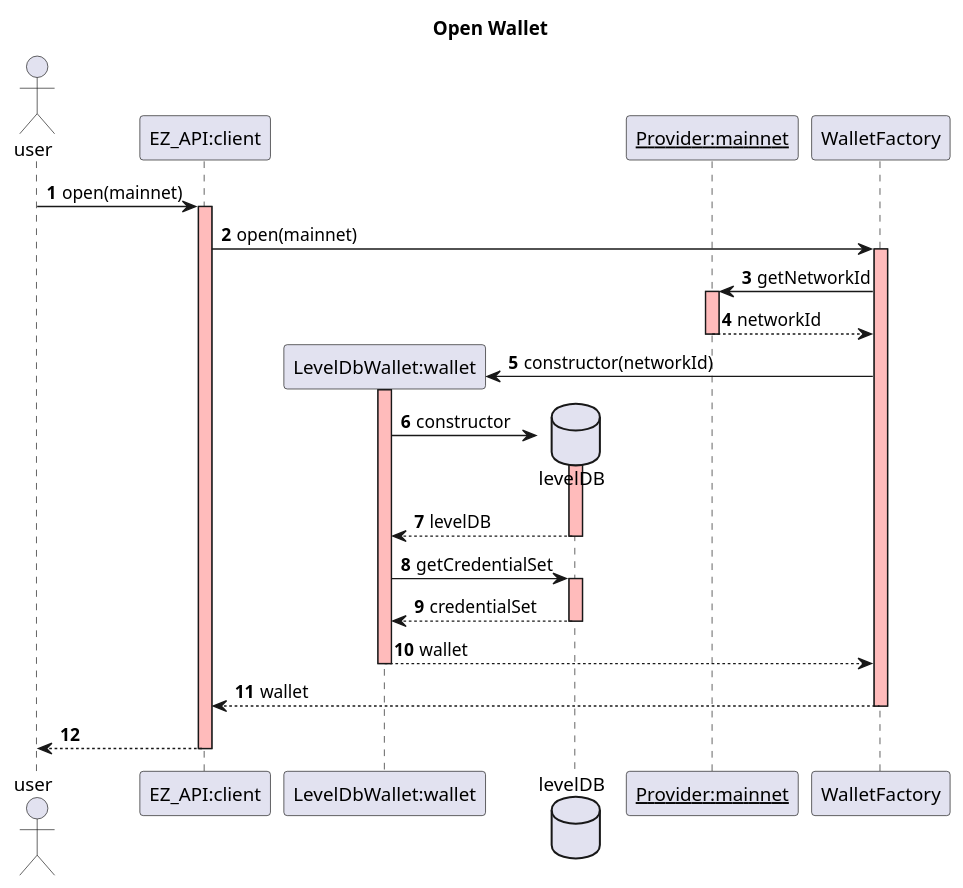
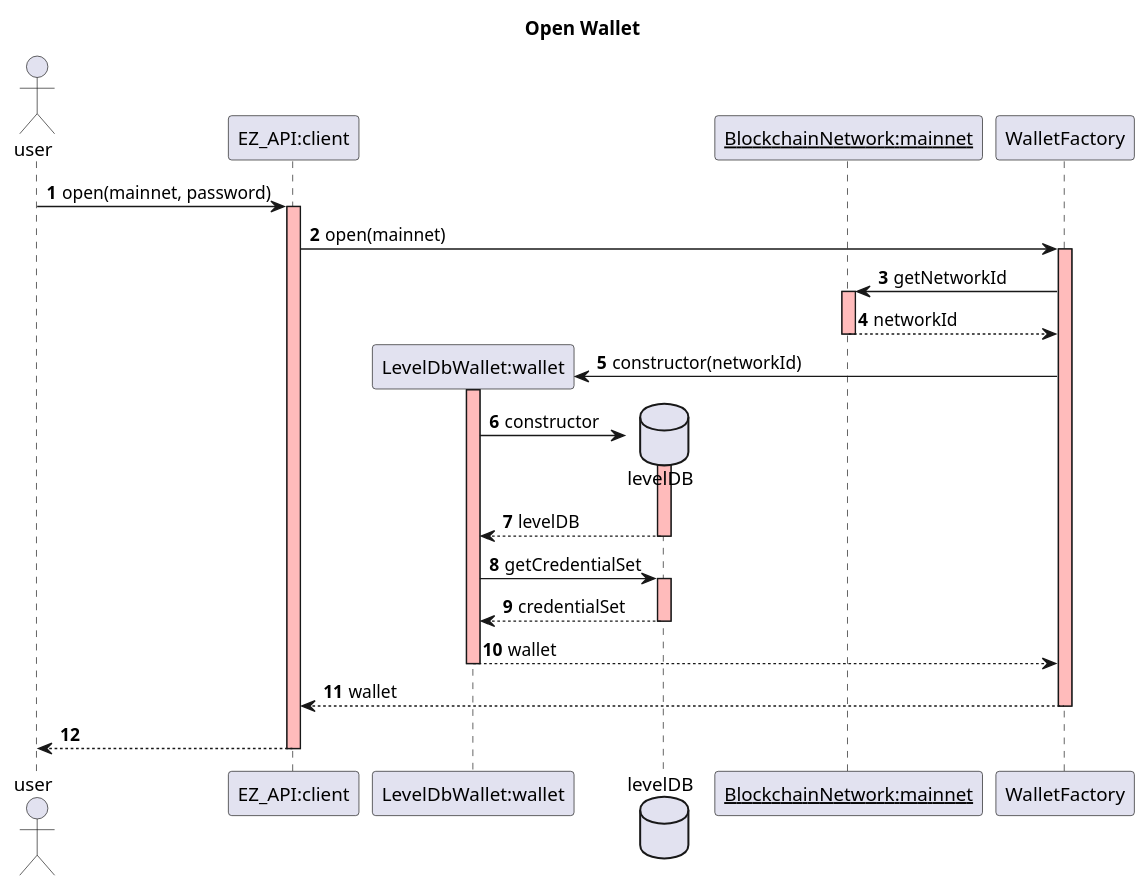
One commit to mgrand-topl/PlantUML_Sandbox changed the diagram in use_case_1open_sequence.puml. Above: the diagram before and after it, drawn with PlantUML. The commit also changed 1 other file, not shown here.

```diff
--- a/use_case_1open_sequence.puml
+++ b/use_case_1open_sequence.puml
@@ -1,30 +1,30 @@
 @startuml
 skinparam sequence {
   LifeLineBackgroundColor #FFBBBB
 }
 title Open Wallet
 autonumber
 autoactivate on
 actor user
 participant "EZ_API:client" as client
 participant "LevelDbWallet:wallet" as wallet
 database levelDB
-participant "__Provider:mainnet__" as mainnet
-user ->client: open(mainnet)
+participant "__BlockchainNetwork:mainnet__" as mainnet
+user ->client: open(mainnet, password)
   client -> WalletFactory: open(mainnet)
     WalletFactory -> mainnet: getNetworkId
     return networkId
 
     create wallet
     WalletFactory -> wallet : constructor(networkId)
       create levelDB
       wallet -> levelDB : constructor
       return levelDB
 
       wallet -> levelDB : getCredentialSet
       return credentialSet
     return wallet
 
   return wallet
 return
 @enduml
```
